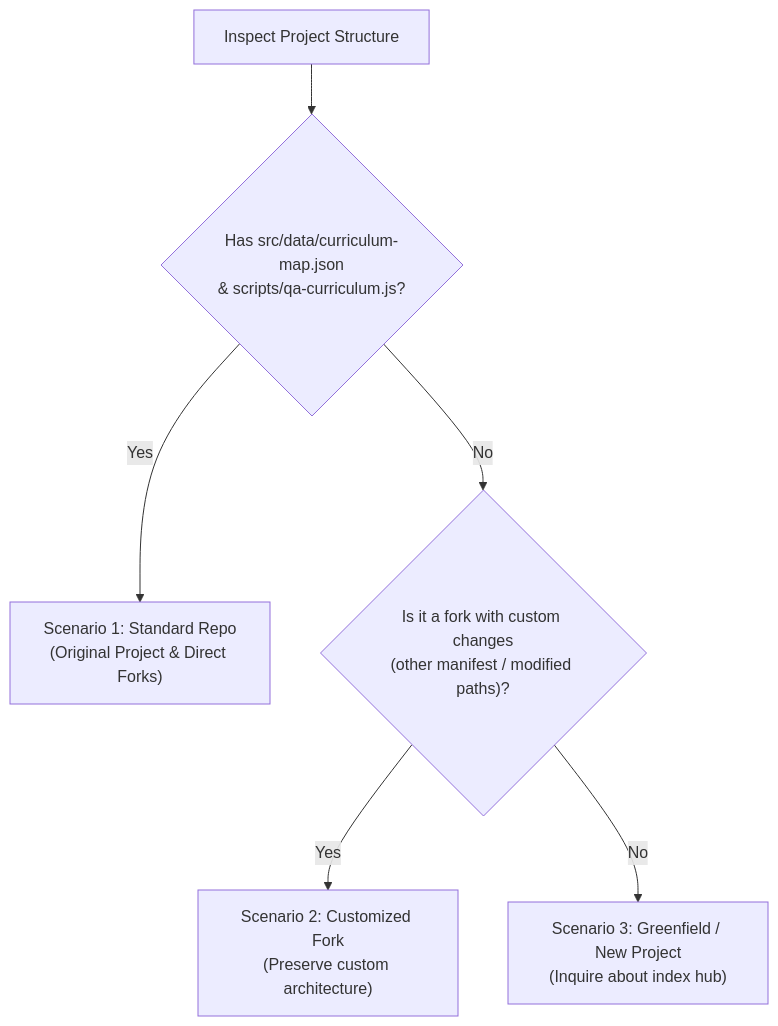
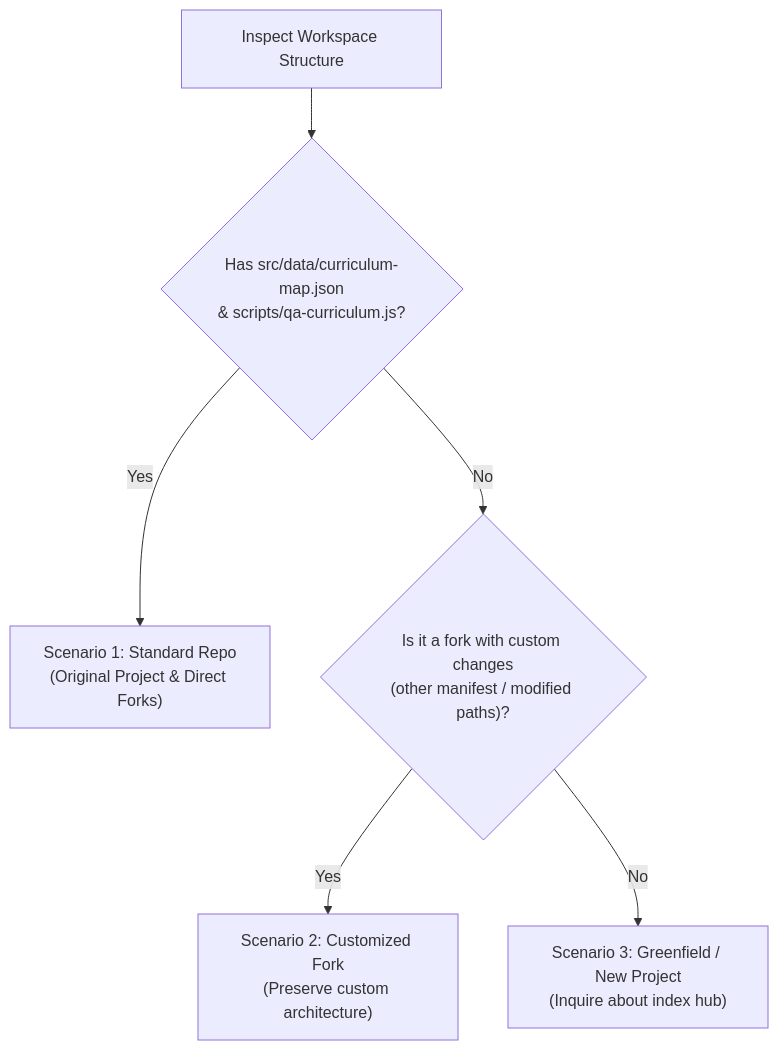
The diagram in .agents/skills/ib-pyp-html5-generator/SKILL.md (szkane/IB_PYP_Games), drawn with Mermaid before and after one commit. The commit also changed other lines of this file and 13 other files, not shown here.

````diff
--- a/.agents/skills/ib-pyp-html5-generator/SKILL.md
+++ b/.agents/skills/ib-pyp-html5-generator/SKILL.md
@@ -29,8 +67,8 @@
 ```mermaid
 flowchart TD
-    Detect["Inspect Project Structure"] --> CheckMap{"Has src/data/curriculum-map.json<br/>& scripts/qa-curriculum.js?"}
+    Detect["Inspect Workspace Structure"] --> CheckMap{"Has src/data/curriculum-map.json<br/>& scripts/qa-curriculum.js?"}
     CheckMap -- Yes --> Scenario1["Scenario 1: Standard Repo<br/>(Original Project & Direct Forks)"]
     CheckMap -- No --> CheckCustom{"Is it a fork with custom changes<br/>(other manifest / modified paths)?"}
     CheckCustom -- Yes --> Scenario2["Scenario 2: Customized Fork<br/>(Preserve custom architecture)"]
     CheckCustom -- No --> Scenario3["Scenario 3: Greenfield / New Project<br/>(Inquire about index hub)"]
 ```
````
